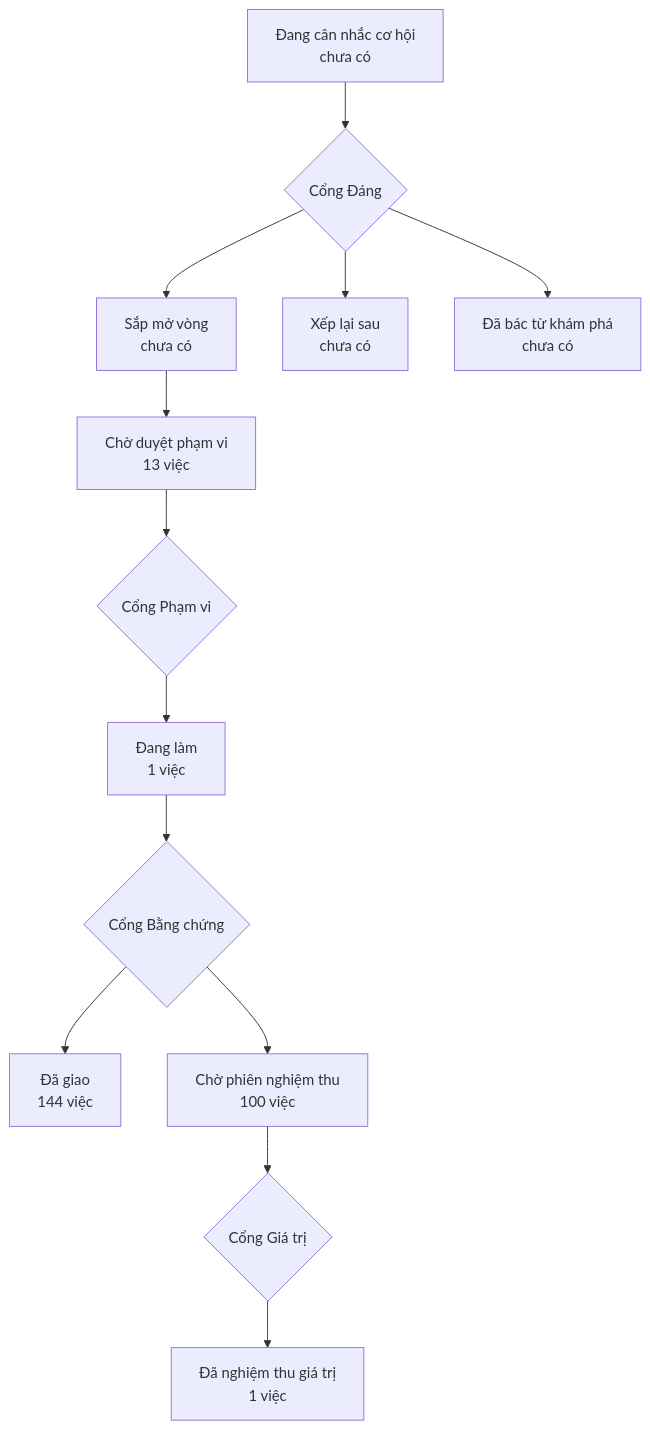
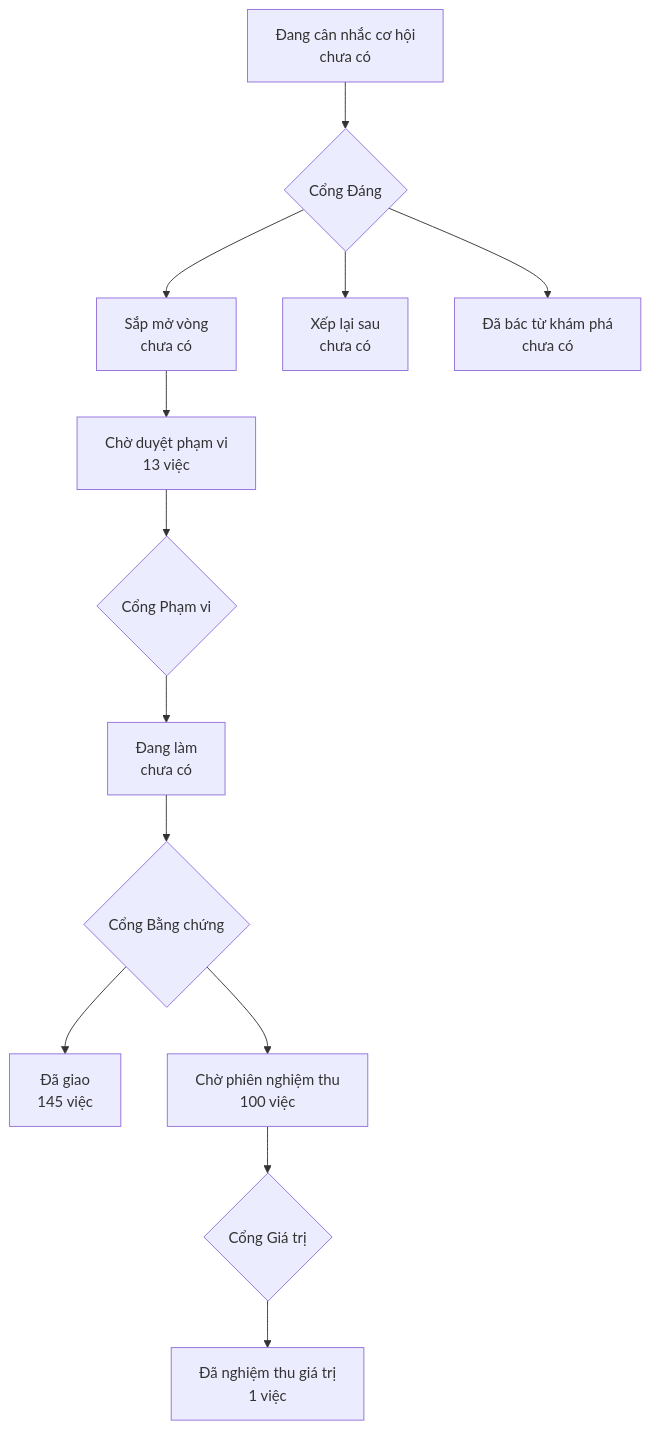
Before and after one commit to phanlemanh/onehub-invest: the diagram in PRODUCT-MAP.md, drawn with Mermaid. The commit also changed other lines of this file and 4 other files, not shown here.

````diff
--- a/PRODUCT-MAP.md
+++ b/PRODUCT-MAP.md
@@ -7,12 +7,12 @@
 ```mermaid
 flowchart TD
   A["Đang cân nhắc cơ hội<br/>chưa có"] --> GD{"Cổng Đáng"}
   GD --> B["Sắp mở vòng<br/>chưa có"]
   GD --> XL["Xếp lại sau<br/>chưa có"]
   GD --> DB["Đã bác từ khám phá<br/>chưa có"]
   B --> CD["Chờ duyệt phạm vi<br/>13 việc"] --> GP{"Cổng Phạm vi"}
-  GP --> DL["Đang làm<br/>1 việc"] --> GB{"Cổng Bằng chứng"}
-  GB --> DG["Đã giao<br/>144 việc"]
+  GP --> DL["Đang làm<br/>chưa có"] --> GB{"Cổng Bằng chứng"}
+  GB --> DG["Đã giao<br/>145 việc"]
   GB --> CN["Chờ phiên nghiệm thu<br/>100 việc"] --> GG{"Cổng Giá trị"}
   GG --> NT["Đã nghiệm thu giá trị<br/>1 việc"]
 ```
````
